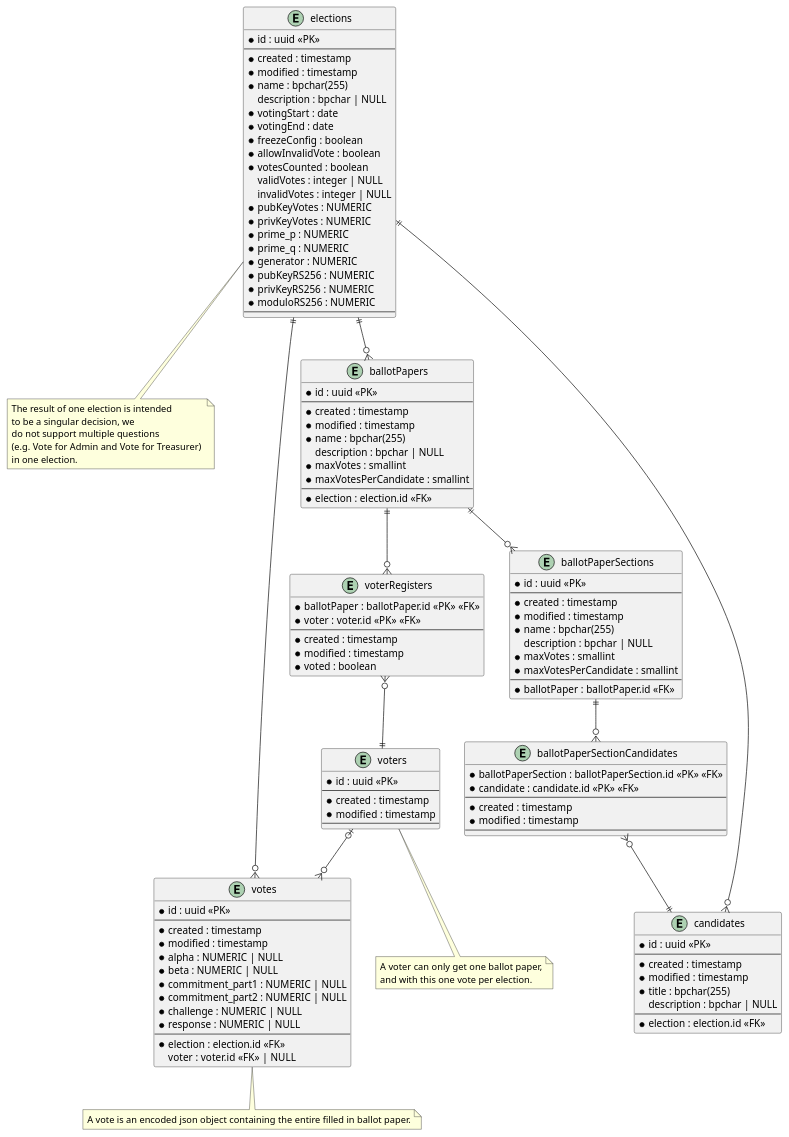
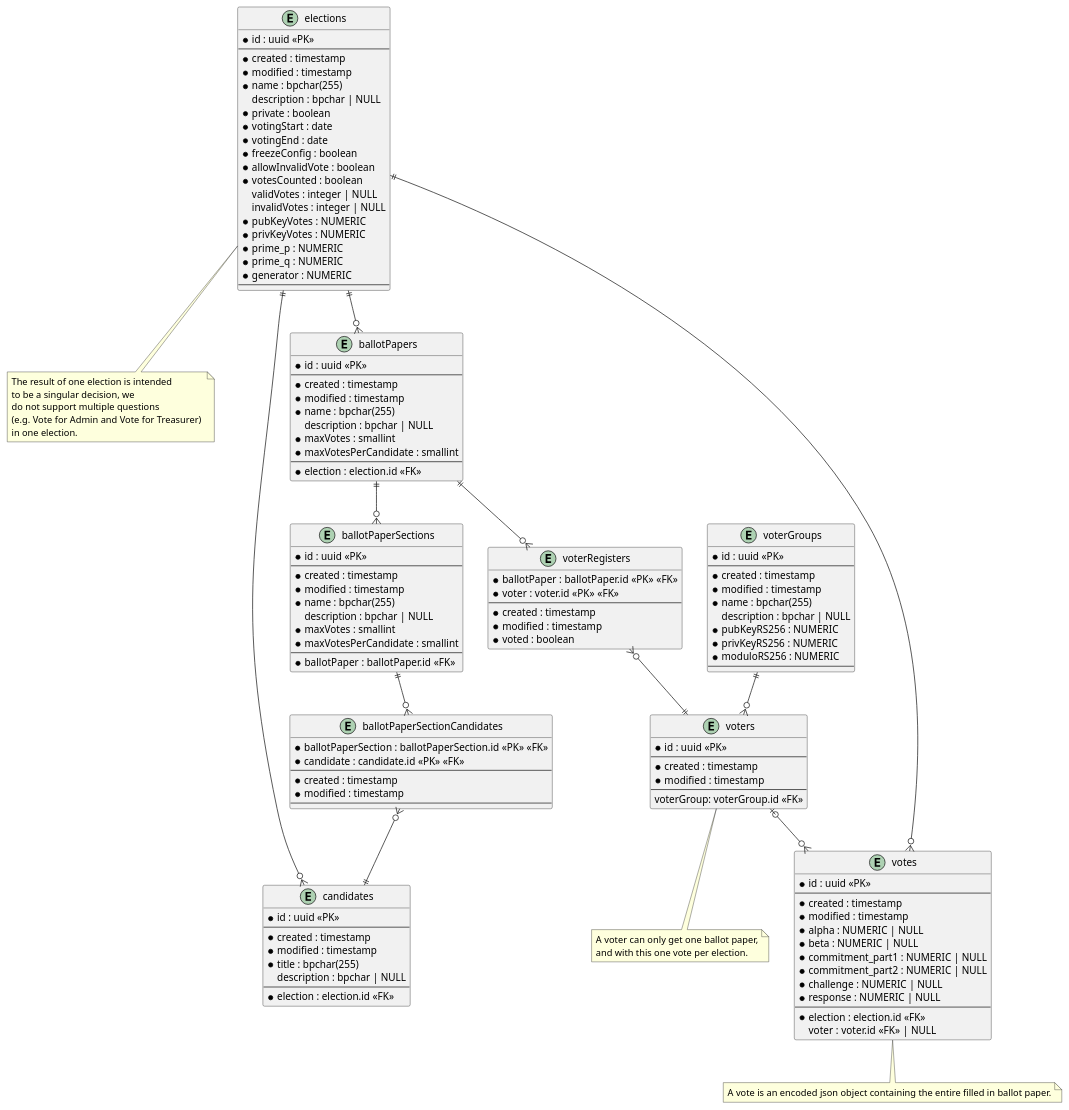
The diagram in apps/docs/static/uml/dataModel.puml (SE-UUlm/votura), drawn with PlantUML before and after one commit.

Commit message:
#43: Datamodel: introduce voter groups and move RS256 keys in this table
Introduced voter groups for the case that an election creator has misplaced / deleted JWTs and wants to invalidate them. As they aren't able to look into the payload of the tokens in the described case this needs to be possible in the UI. For this voter groups need to be stored inside the database.

Moved RS256 keys into voterGroups table as previously it would have been unclear which key was used for a voters JWT. A voter may vote in multiple elections of which each previously had their own RS256 keys.

Now if a voter provides their JWT, it is automatically clear which key should be the one used to generate it. It also is possible to invalidate only a specific group of voters and not all voters associated with one election.

```diff
--- a/apps/docs/static/uml/dataModel.puml
+++ b/apps/docs/static/uml/dataModel.puml
@@ -1,145 +1,157 @@
 @startuml dataModel
 
 entity "elections" as elections {
     * id : uuid <<PK>>
     --
     * created : timestamp
     * modified : timestamp
     * name : bpchar(255)
     description : bpchar | NULL
+    * private : boolean
     * votingStart : date
     * votingEnd : date
     * freezeConfig : boolean
     * allowInvalidVote : boolean
     * votesCounted : boolean
     ' Computed values such as validVotes and invalidVotes are critical - do we really want to store them?
     validVotes : integer | NULL
     invalidVotes : integer | NULL
     * pubKeyVotes : NUMERIC
     * privKeyVotes : NUMERIC
     * prime_p : NUMERIC 
     * prime_q : NUMERIC
     * generator : NUMERIC
-    * pubKeyRS256 : NUMERIC
-    * privKeyRS256 : NUMERIC
-    * moduloRS256 : NUMERIC
     --
 }
 
 note as N2
 The result of one election is intended 
 to be a singular decision, we 
 do not support multiple questions 
 (e.g. Vote for Admin and Vote for Treasurer) 
 in one election.
 end note
 
 entity "ballotPapers" as ballotPapers {
     * id : uuid <<PK>>
     --
     * created : timestamp
     * modified : timestamp
     * name : bpchar(255)
     description : bpchar | NULL
     * maxVotes : smallint
     * maxVotesPerCandidate : smallint
     --
     * election : election.id <<FK>>
 }
 
 entity "ballotPaperSections" as ballotPaperSections {
     * id : uuid <<PK>>
     --
     * created : timestamp
     * modified : timestamp
     * name : bpchar(255)
     description : bpchar | NULL
     * maxVotes : smallint
     * maxVotesPerCandidate : smallint
     --
     * ballotPaper : ballotPaper.id <<FK>>
 }
 ' note as C_2
 ' If at least two ballotPaperSections are created for one ballotPaper, 
 ' the name field of the ballotPaperSections is mandatory.
 ' end note
 
 entity "ballotPaperSectionCandidates" as ballotPaperSectionCandidates {
     * ballotPaperSection : ballotPaperSection.id <<PK>> <<FK>>
     * candidate : candidate.id <<PK>> <<FK>>
     --
     * created : timestamp
     * modified : timestamp
     --
 }
 
 entity "candidates" as candidates {
     * id : uuid <<PK>>
     --
     * created : timestamp
     * modified : timestamp
     * title : bpchar(255)
     description : bpchar | NULL
     --
     * election : election.id <<FK>>
 }
 
 entity "votes" as votes {
     * id : uuid <<PK>>
     --
     * created : timestamp
     * modified : timestamp
     * alpha : NUMERIC | NULL
     * beta : NUMERIC | NULL
     * commitment_part1 : NUMERIC | NULL
     * commitment_part2 : NUMERIC | NULL
     * challenge : NUMERIC | NULL
     * response : NUMERIC | NULL
     --
     * election : election.id <<FK>>
     ' if the vote isn't secret, voter can be saved
     voter : voter.id <<FK>> | NULL
 }
 note as N4
 A vote is an encoded json object containing the entire filled in ballot paper.
 end note
 
 entity "voterRegisters" as voterRegisters {
     * ballotPaper : ballotPaper.id <<PK>> <<FK>>
     * voter : voter.id <<PK>> <<FK>>
     --
     * created : timestamp
     * modified : timestamp
     * voted : boolean
 }
 
 entity "voters" as voters {
     * id : uuid <<PK>>
     --
     * created : timestamp
     * modified : timestamp
     --
+    voterGroup: voterGroup.id <<FK>>
 }
 note as N3
 A voter can only get one ballot paper,
 and with this one vote per election.
 end note
+
+entity "voterGroups" as voterGroups {
+    * id : uuid <<PK>>
+    --
+    * created : timestamp
+    * modified : timestamp
+    * name : bpchar(255)
+    description : bpchar | NULL
+    * pubKeyRS256 : NUMERIC
+    * privKeyRS256 : NUMERIC
+    * moduloRS256 : NUMERIC
+    --
+}
 
 
 elections ||--o{ ballotPapers
 elections -- N2
 elections ||--o{ candidates
 ballotPapers ||--o{ voterRegisters
 voterRegisters }o--|| voters
 ballotPapers ||--o{ ballotPaperSections
 ' ballotPaperSections -- C_2
 ballotPaperSections ||--o{ ballotPaperSectionCandidates
 ballotPaperSectionCandidates }o--|| candidates
 votes }o--|| elections
 voters |o--o{ votes
+voterGroups ||--o{ voters
 voters -- N3
 votes -- N4
 
 
-
 @enduml
```
